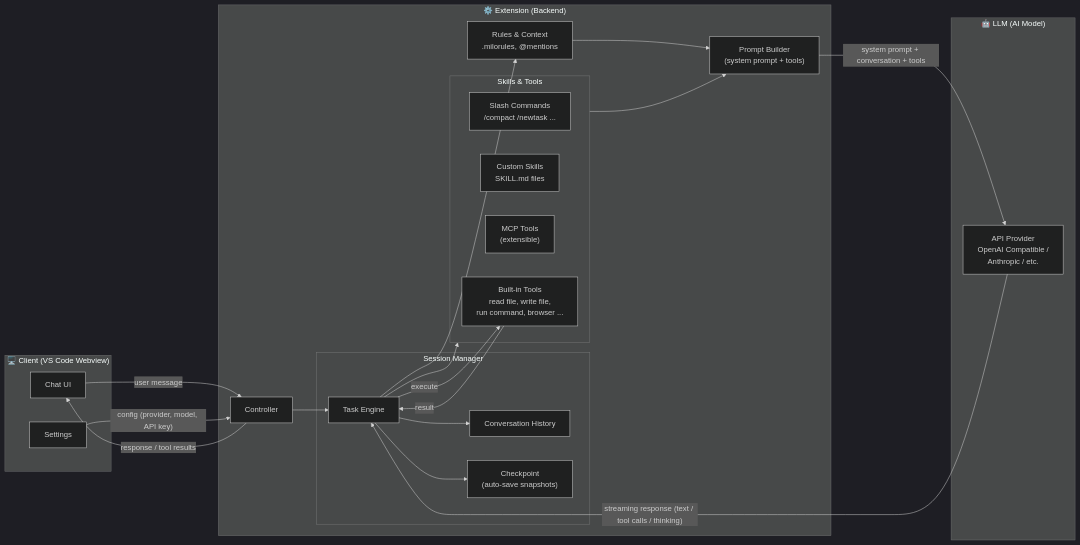
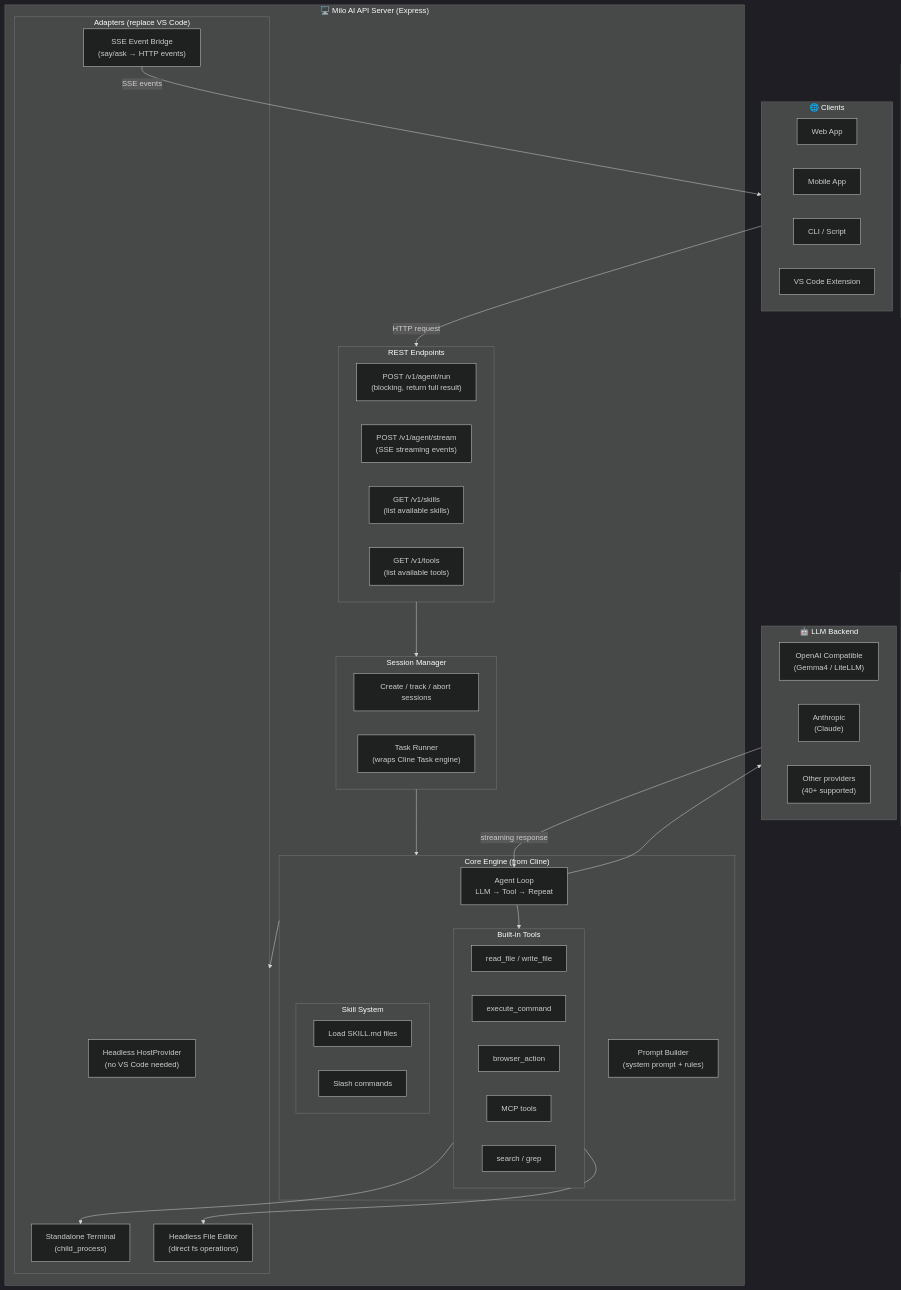
The first of 2 diagrams in SECURITY.md (TungND2k2/Milo-ai), drawn with Mermaid (dark theme) before and after one commit. The commit also changed other lines of this file, not shown here.

````diff
--- a/SECURITY.md
+++ b/SECURITY.md
@@ -45,49 +9,67 @@
 ```mermaid
-flowchart LR
-    subgraph CLIENT["🖥️ Client (VS Code Webview)"]
-        UI["Chat UI"]
-        SETTINGS["Settings"]
+flowchart TB
+    subgraph CLIENTS["🌐 Clients"]
+        WEB["Web App"]
+        MOBILE["Mobile App"]
+        CLI["CLI / Script"]
+        EXT["VS Code Extension"]
     end
 
-    subgraph EXTENSION["⚙️ Extension (Backend)"]
-        CTRL["Controller"]
+    subgraph API_SERVER["🖥️ Milo AI API Server (Express)"]
         
-        subgraph SESSION["Session Manager"]
-            TASK["Task Engine"]
-            HISTORY["Conversation History"]
-            CHECKPOINT["Checkpoint<br/>(auto-save snapshots)"]
+        subgraph ROUTES["REST Endpoints"]
+            RUN["POST /v1/agent/run<br/>(blocking, return full result)"]
+            STREAM["POST /v1/agent/stream<br/>(SSE streaming events)"]
+            SKILLS_EP["GET /v1/skills<br/>(list available skills)"]
+            TOOLS_EP["GET /v1/tools<br/>(list available tools)"]
         end
 
-        subgraph SKILLS["Skills & Tools"]
-            SLASH["Slash Commands<br/>/compact /newtask ..."]
-            CUSTOM_SKILL["Custom Skills<br/>SKILL.md files"]
-            MCP_TOOL["MCP Tools<br/>(extensible)"]
-            BUILTIN["Built-in Tools<br/>read file, write file,<br/>run command, browser ..."]
+        subgraph SESSION["Session Manager"]
+            SM["Create / track / abort sessions"]
+            RUNNER["Task Runner<br/>(wraps Cline Task engine)"]
         end
 
-        RULES["Rules & Context<br/>.milorules, @mentions"]
-        PROMPT["Prompt Builder<br/>(system prompt + tools)"]
+        subgraph CORE["Core Engine (from Cline)"]
+            AGENT_LOOP["Agent Loop<br/>LLM → Tool → Repeat"]
+            PROMPT["Prompt Builder<br/>(system prompt + rules)"]
+            
+            subgraph TOOLS["Built-in Tools"]
+                T_FILE["read_file / write_file"]
+                T_CMD["execute_command"]
+                T_BROWSER["browser_action"]
+                T_MCP["MCP tools"]
+                T_SEARCH["search / grep"]
+            end
+
+            subgraph SKILL_SYS["Skill System"]
+                SKILL_LOAD["Load SKILL.md files"]
+                SLASH["Slash commands"]
+            end
+        end
+
+        subgraph ADAPTERS["Adapters (replace VS Code)"]
+            HOST["Headless HostProvider<br/>(no VS Code needed)"]
+            SSE["SSE Event Bridge<br/>(say/ask → HTTP events)"]
+            TERM["Standalone Terminal<br/>(child_process)"]
+            FILE_EDIT["Headless File Editor<br/>(direct fs operations)"]
+        end
     end
 
-    subgraph LLM["🤖 LLM (AI Model)"]
-        API["API Provider<br/>OpenAI Compatible /<br/>Anthropic / etc."]
+    subgraph LLM["🤖 LLM Backend"]
+        OPENAI["OpenAI Compatible<br/>(Gemma4 / LiteLLM)"]
+        ANTHROPIC["Anthropic<br/>(Claude)"]
+        OTHER["Other providers<br/>(40+ supported)"]
     end
 
-    UI -- "user message" --> CTRL
-    CTRL -- "response / tool results" --> UI
-    SETTINGS -- "config (provider, model, API key)" --> CTRL
+    CLIENTS -- "HTTP request" --> ROUTES
+    ROUTES --> SESSION
+    SESSION --> CORE
+    CORE --> ADAPTERS
+    AGENT_LOOP --> LLM
+    LLM -- "streaming response" --> AGENT_LOOP
+    AGENT_LOOP --> TOOLS
+    TOOLS --> TERM
+    TOOLS --> FILE_EDIT
 
-    CTRL --> TASK
-    TASK --> HISTORY
-    TASK --> CHECKPOINT
-    TASK --> RULES
-    TASK --> SKILLS
-    RULES --> PROMPT
-    SKILLS --> PROMPT
-
-    PROMPT -- "system prompt + conversation + tools" --> API
-    API -- "streaming response (text / tool calls / thinking)" --> TASK
-
-    TASK -- "execute" --> BUILTIN
-    BUILTIN -- "result" --> TASK
+    SSE -- "SSE events" --> CLIENTS
 ```
````
